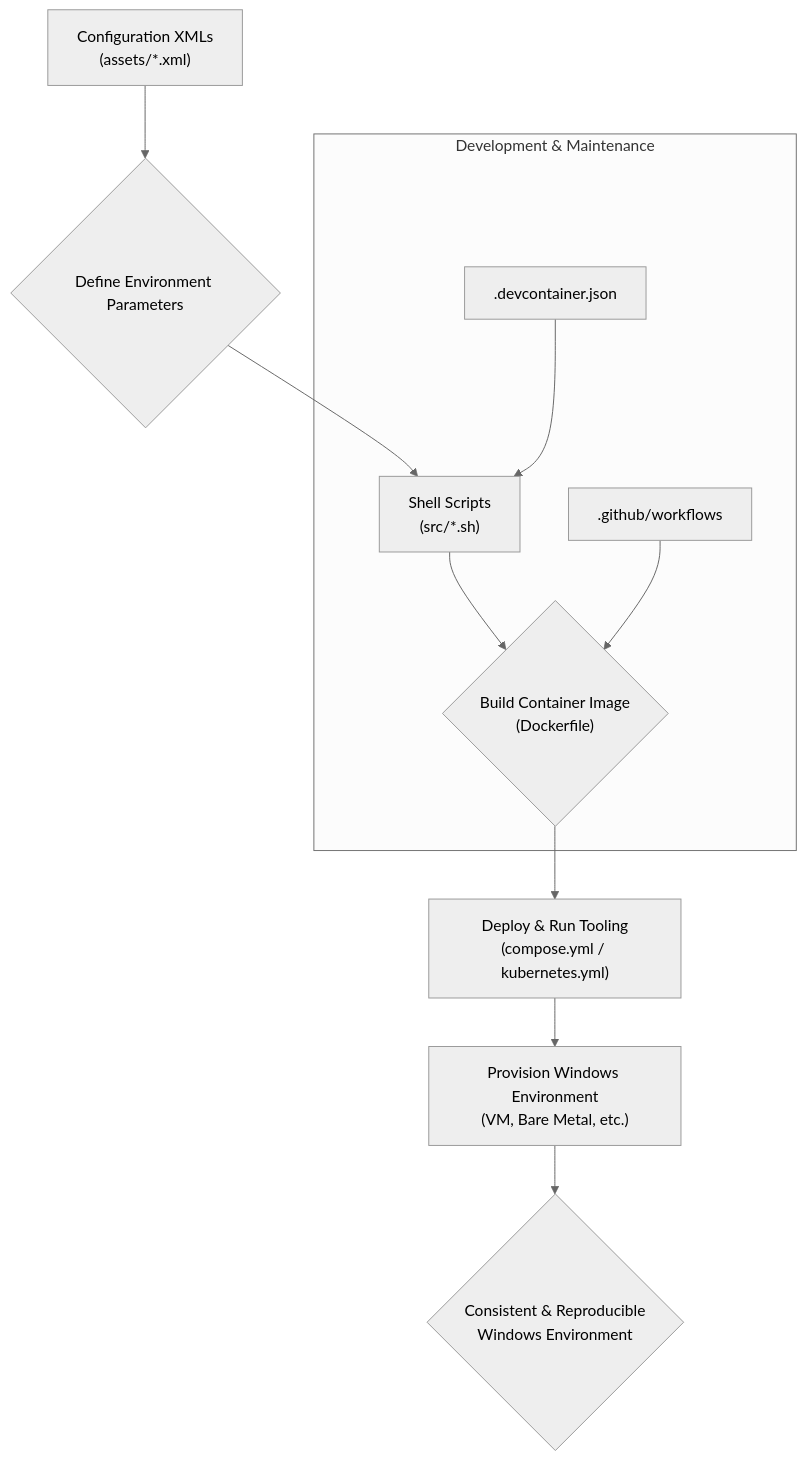
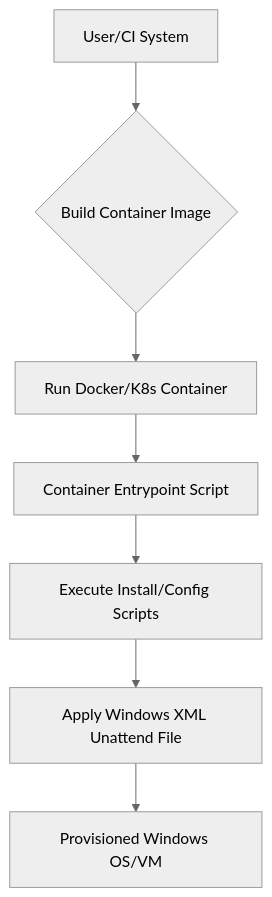
Before and after one commit to grewal16/windows: the diagram in readme.md, drawn with Mermaid (neutral theme). The commit also changed other lines of this file, not shown here.

````diff
--- a/readme.md
+++ b/readme.md
@@ -38,13 +37,9 @@
 ```mermaid
 graph TD
-    A["Configuration XMLs<br/>(assets/*.xml)"] --> B{"Define Environment Parameters"};
-    B --> C["Shell Scripts<br/>(src/*.sh)"];
-    C --> D{"Build Container Image<br/>(Dockerfile)"};
-    D --> E["Deploy & Run Tooling<br/>(compose.yml / kubernetes.yml)"];
-    E --> F["Provision Windows Environment<br/>(VM, Bare Metal, etc.)"];
-    subgraph Development & Maintenance
-        G[".devcontainer.json"] --> C;
-        H[".github/workflows"] --> D;
-    end
-    F --> I{"Consistent & Reproducible<br/>Windows Environment"};
+    A[User/CI System] --> B{Build Container Image};
+    B --> C[Run Docker/K8s Container];
+    C --> D[Container Entrypoint Script];
+    D --> E[Execute Install/Config Scripts];
+    E --> F[Apply Windows XML Unattend File];
+    F --> G[Provisioned Windows OS/VM];
 ```
````
